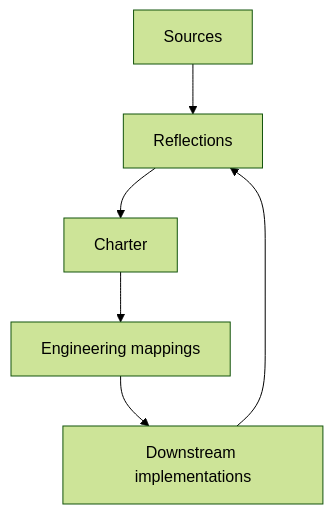
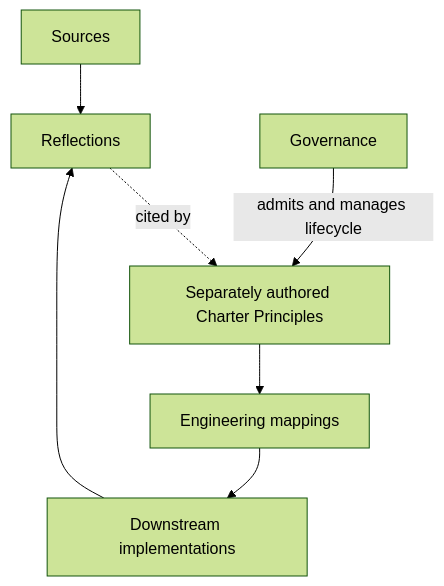
Before and after one commit to tao3k/philosophy: the diagram in en/README.org, drawn with Mermaid (forest theme). The commit also changed other lines of this file and 16 other files, not shown here.

Commit message:
Separate principles from governance admission

```diff
--- a/en/README.org
+++ b/en/README.org
@@ -135,8 +135,9 @@
 #+begin_src mermaid :exports results :file philosophy-en-flow.svg
 flowchart TD
   S[Sources] --> R[Reflections]
-  R --> C[Charter]
-  C --> E[Engineering mappings]
+  R -.cited by.-> P[Separately authored Charter Principles]
+  G[Governance] -->|admits and manages lifecycle| P
+  P --> E[Engineering mappings]
   E --> D[Downstream implementations]
   D --> R
 #+end_src
```
